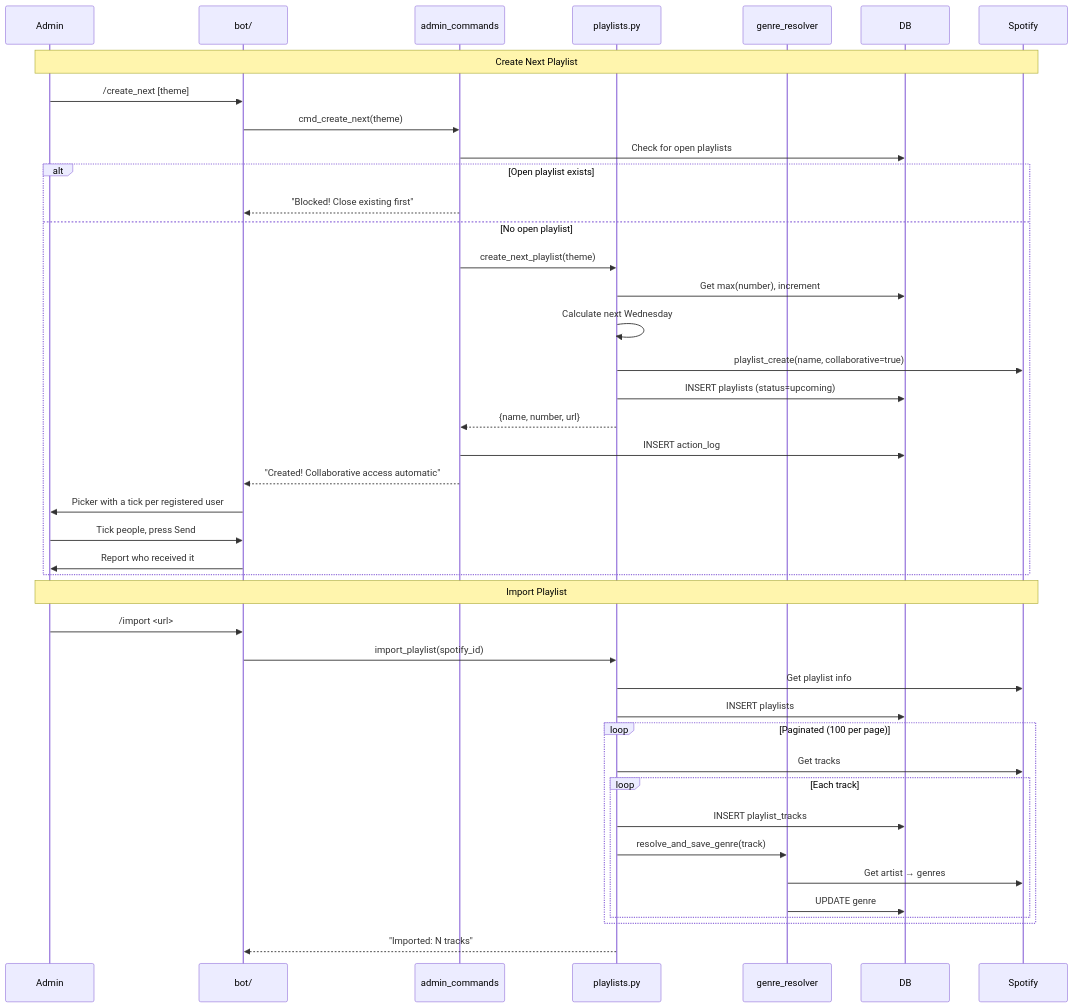
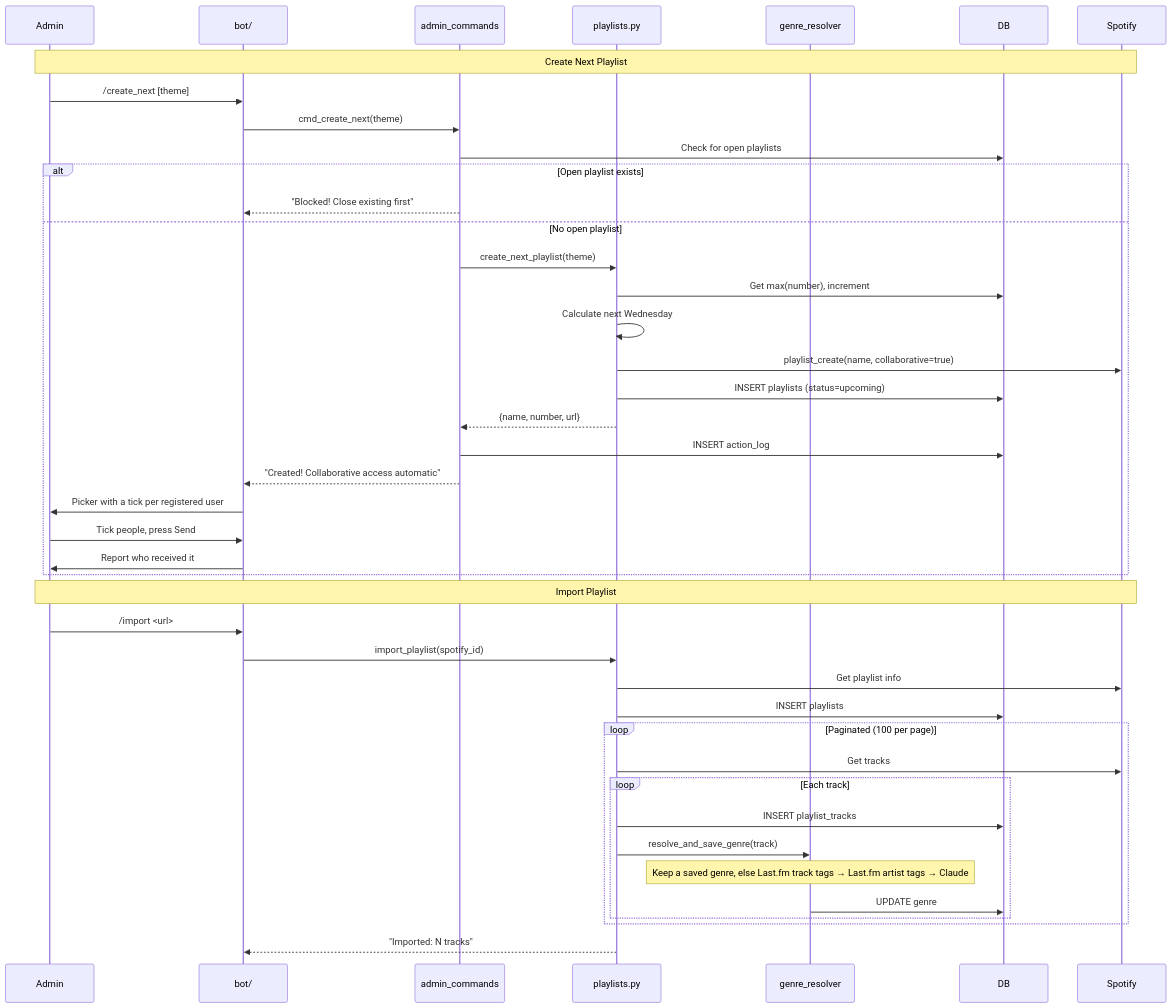
The fifth of 8 diagrams in docs/architecture/03-flows.md (ndomanovskiy/maspotifybot), drawn with Mermaid before and after one commit. The commit also changed other lines of this file and 26 other files, not shown here.

First line of the commit message:
feat: ask whoever added a track for its genre

````diff
--- a/docs/architecture/03-flows.md
+++ b/docs/architecture/03-flows.md
@@ -228,47 +232,47 @@
 ```mermaid
 sequenceDiagram
     participant Admin
     participant Bot as bot/
     participant AC as admin_commands
     participant PL as playlists.py
     participant GR as genre_resolver
     participant DB
     participant Spotify
 
     Note over Admin,Spotify: Create Next Playlist
     Admin->>Bot: /create_next [theme]
     Bot->>AC: cmd_create_next(theme)
     AC->>DB: Check for open playlists
     alt Open playlist exists
         AC-->>Bot: "Blocked! Close existing first"
     else No open playlist
         AC->>PL: create_next_playlist(theme)
         PL->>DB: Get max(number), increment
         PL->>PL: Calculate next Wednesday
         PL->>Spotify: playlist_create(name, collaborative=true)
         PL->>DB: INSERT playlists (status=upcoming)
         PL-->>AC: {name, number, url}
         AC->>DB: INSERT action_log
         AC-->>Bot: "Created! Collaborative access automatic"
         Bot->>Admin: Picker with a tick per registered user
         Admin->>Bot: Tick people, press Send
         Bot->>Admin: Report who received it
     end
 
     Note over Admin,Spotify: Import Playlist
     Admin->>Bot: /import <url>
     Bot->>PL: import_playlist(spotify_id)
     PL->>Spotify: Get playlist info
     PL->>DB: INSERT playlists
 
     loop Paginated (100 per page)
         PL->>Spotify: Get tracks
         loop Each track
             PL->>DB: INSERT playlist_tracks
             PL->>GR: resolve_and_save_genre(track)
-            GR->>Spotify: Get artist → genres
+            Note over GR: Keep a saved genre, else Last.fm track tags → Last.fm artist tags → Claude
             GR->>DB: UPDATE genre
         end
     end
     PL-->>Bot: "Imported: N tracks"
 ```
````
